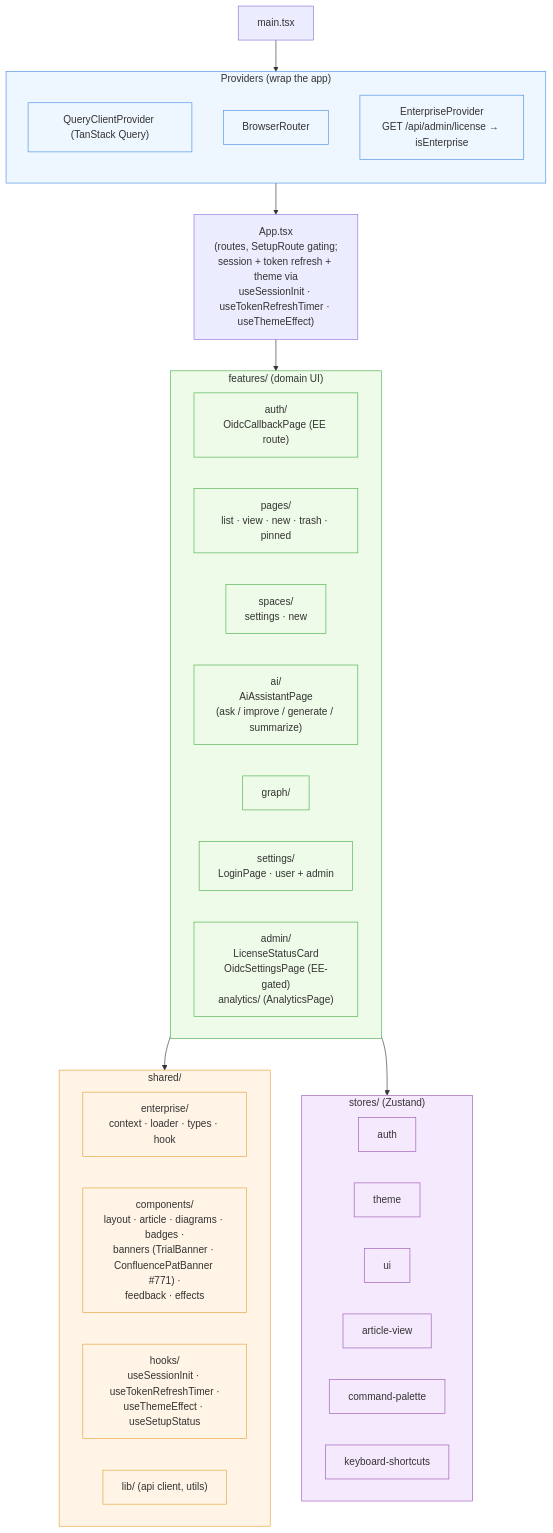
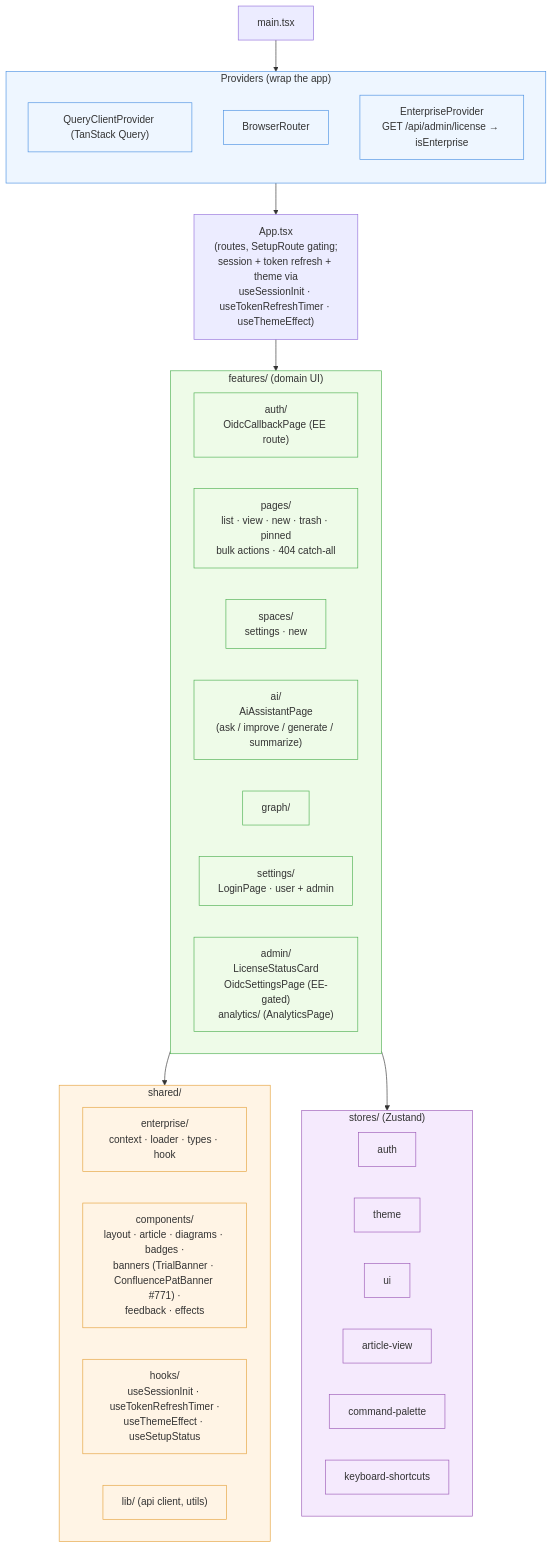
One commit to Compendiq/compendiq-ce changed the first of 2 diagrams in docs/architecture/04-frontend-structure.md. Above: the diagram before and after it, drawn with Mermaid. The commit also changed 48 other files, not shown here.

````diff
--- a/docs/architecture/04-frontend-structure.md
+++ b/docs/architecture/04-frontend-structure.md
@@ -8,57 +8,57 @@
 ```mermaid
 flowchart TB
     main["main.tsx"]
 
     subgraph providers["Providers (wrap the app)"]
         direction TB
         qp["QueryClientProvider (TanStack Query)"]
         rp["BrowserRouter"]
         ep["EnterpriseProvider<br/>GET /api/admin/license → isEnterprise"]
     end
 
     main --> providers
     providers --> app["App.tsx<br/>(routes, SetupRoute gating;<br/>session + token refresh + theme via<br/>useSessionInit · useTokenRefreshTimer · useThemeEffect)"]
 
     subgraph features["features/ (domain UI)"]
         direction LR
         fAuth["auth/<br/>OidcCallbackPage (EE route)"]
-        fPages["pages/<br/>list · view · new · trash · pinned"]
+        fPages["pages/<br/>list · view · new · trash · pinned<br/>bulk actions · 404 catch-all"]
         fSpaces["spaces/<br/>settings · new"]
         fAI["ai/<br/>AiAssistantPage<br/>(ask / improve / generate / summarize)"]
         fGraph["graph/"]
         fSettings["settings/<br/>LoginPage · user + admin"]
         fAdmin["admin/<br/>LicenseStatusCard<br/>OidcSettingsPage (EE-gated)<br/>analytics/ (AnalyticsPage)"]
     end
 
     app --> features
 
     subgraph shared["shared/"]
         direction LR
         sEnt["enterprise/<br/>context · loader · types · hook"]
         sComp["components/<br/>layout · article · diagrams · badges ·<br/>banners (TrialBanner · ConfluencePatBanner #771) ·<br/>feedback · effects"]
         sHooks["hooks/<br/>useSessionInit · useTokenRefreshTimer ·<br/>useThemeEffect · useSetupStatus"]
         sLib["lib/ (api client, utils)"]
     end
 
     features --> shared
 
     subgraph stores["stores/ (Zustand)"]
         zAuth["auth"]
         zTheme["theme"]
         zUI["ui"]
         zAV["article-view"]
         zCmd["command-palette"]
         zKb["keyboard-shortcuts"]
     end
 
     features --> stores
 
     classDef prov fill:#eef6ff,stroke:#4a90e2
     classDef feat fill:#eefbe8,stroke:#4caf50
     classDef sh fill:#fff4e5,stroke:#e5a23c
     classDef st fill:#f5eafd,stroke:#9b59b6
     class providers,qp,rp,ep prov
     class features,fAuth,fPages,fSpaces,fAI,fGraph,fSettings,fAdmin feat
     class shared,sEnt,sComp,sHooks,sLib sh
     class stores,zAuth,zTheme,zUI,zAV,zCmd,zKb st
 ```
````
